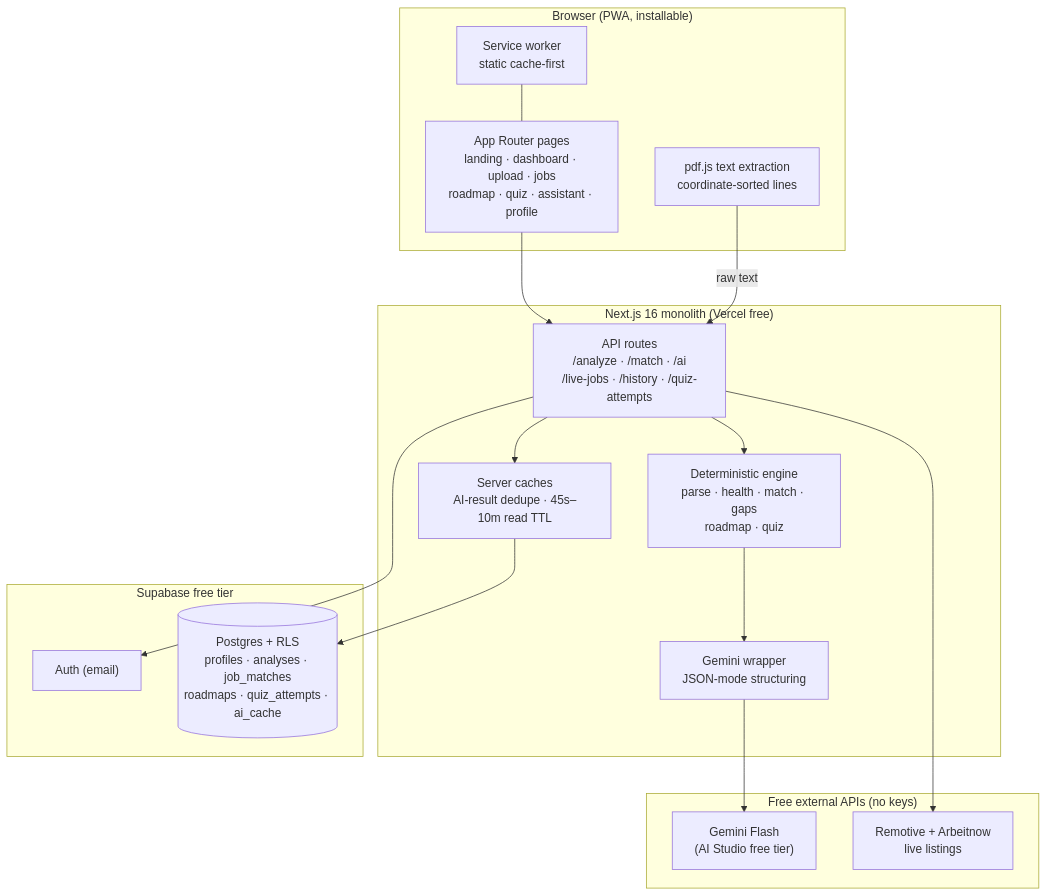
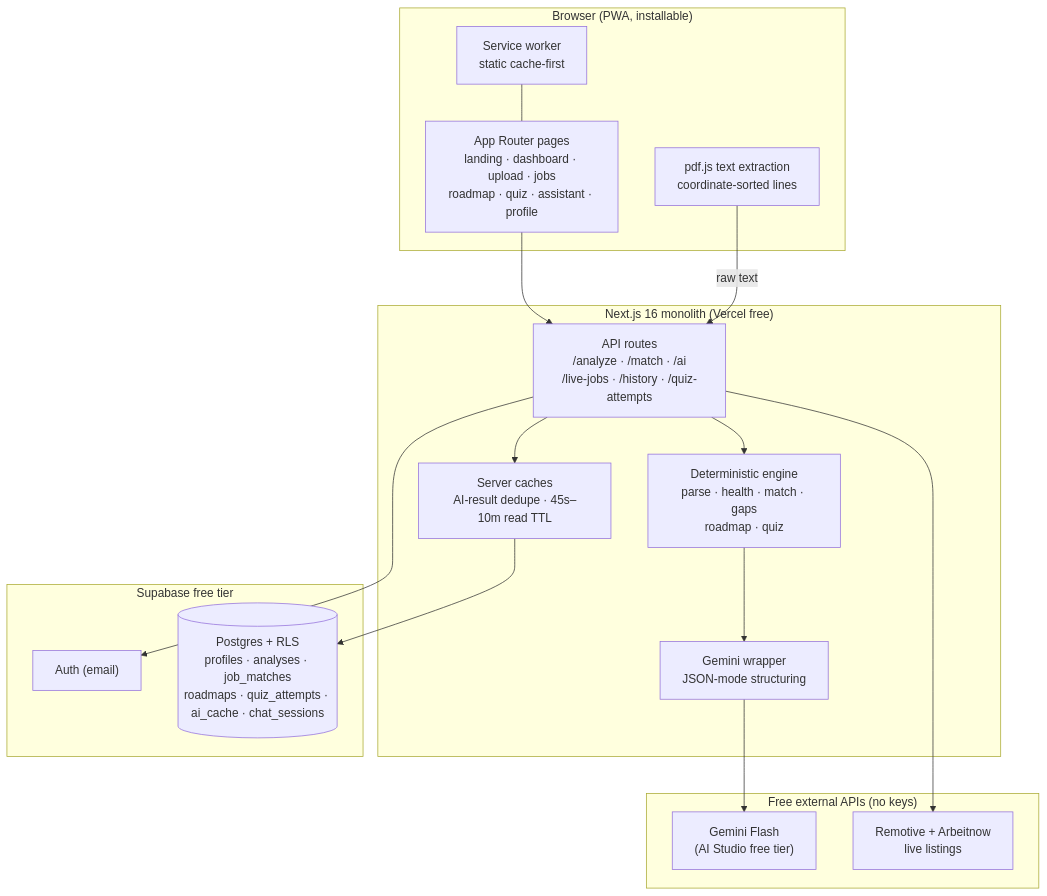
One commit to ishita1803/ResumeAi changed the first of 3 diagrams in README.md. Above: the diagram before and after it, drawn with Mermaid. The commit also changed other lines of this file and 6 other files, not shown here.

Commit message:
Hamburger mobile nav, AI role fits, README ERD, install in mobile menu

````diff
--- a/README.md
+++ b/README.md
@@ -19,32 +19,32 @@
 ```mermaid
 flowchart TB
     subgraph Client["Browser (PWA, installable)"]
         UI["App Router pages\nlanding · dashboard · upload · jobs\nroadmap · quiz · assistant · profile"]
         PDF["pdf.js text extraction\ncoordinate-sorted lines"]
         SW["Service worker\nstatic cache-first"]
     end
     subgraph Next["Next.js 16 monolith (Vercel free)"]
         API["API routes\n/analyze · /match · /ai\n/live-jobs · /history · /quiz-attempts"]
         ENG["Deterministic engine\nparse · health · match · gaps\nroadmap · quiz"]
         LLM["Gemini wrapper\nJSON-mode structuring"]
         CACHE["Server caches\nAI-result dedupe · 45s–10m read TTL"]
     end
     subgraph Data["Supabase free tier"]
         AUTH["Auth (email)"]
-        DB[("Postgres + RLS\nprofiles · analyses · job_matches\nroadmaps · quiz_attempts · ai_cache")]
+        DB[("Postgres + RLS\nprofiles · analyses · job_matches\nroadmaps · quiz_attempts · ai_cache · chat_sessions")]
     end
     subgraph Ext["Free external APIs (no keys)"]
         GEM["Gemini Flash\n(AI Studio free tier)"]
         JOBS["Remotive + Arbeitnow\nlive listings"]
     end
     UI --> API
     PDF -->|raw text| API
     SW --- UI
     API --> ENG
     API --> CACHE
     CACHE --> DB
     ENG --> LLM
     LLM --> GEM
     API --> JOBS
     API --> AUTH
 ```
````
